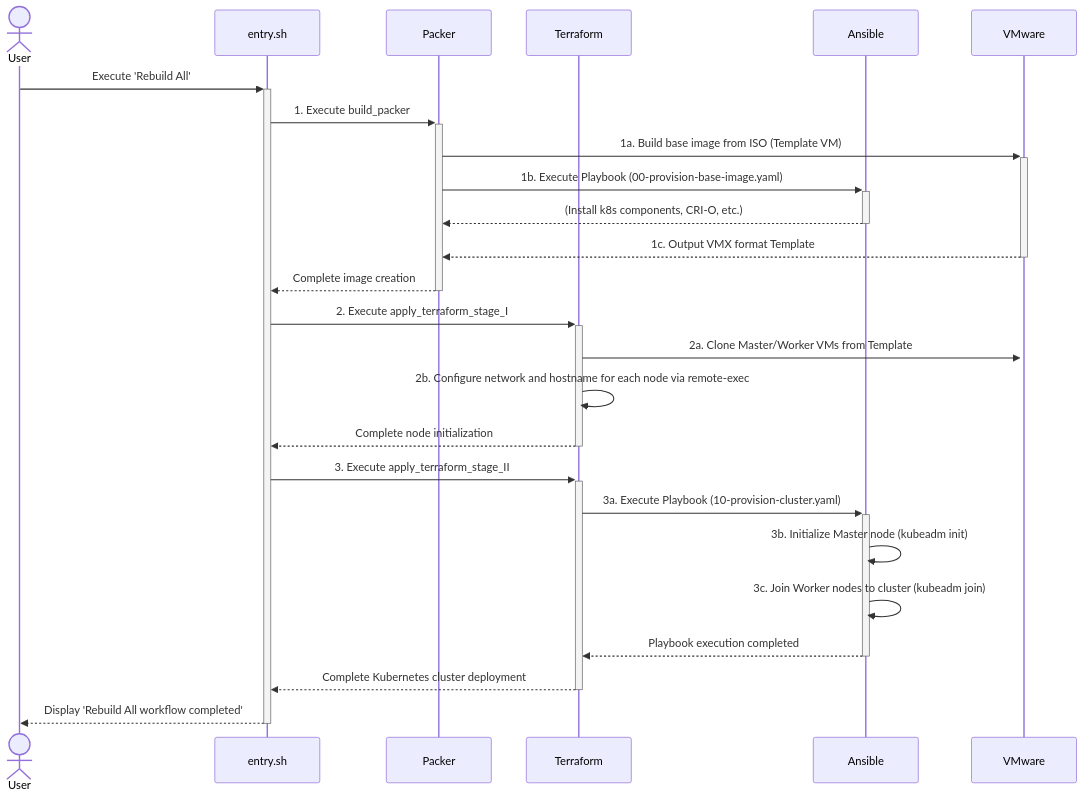
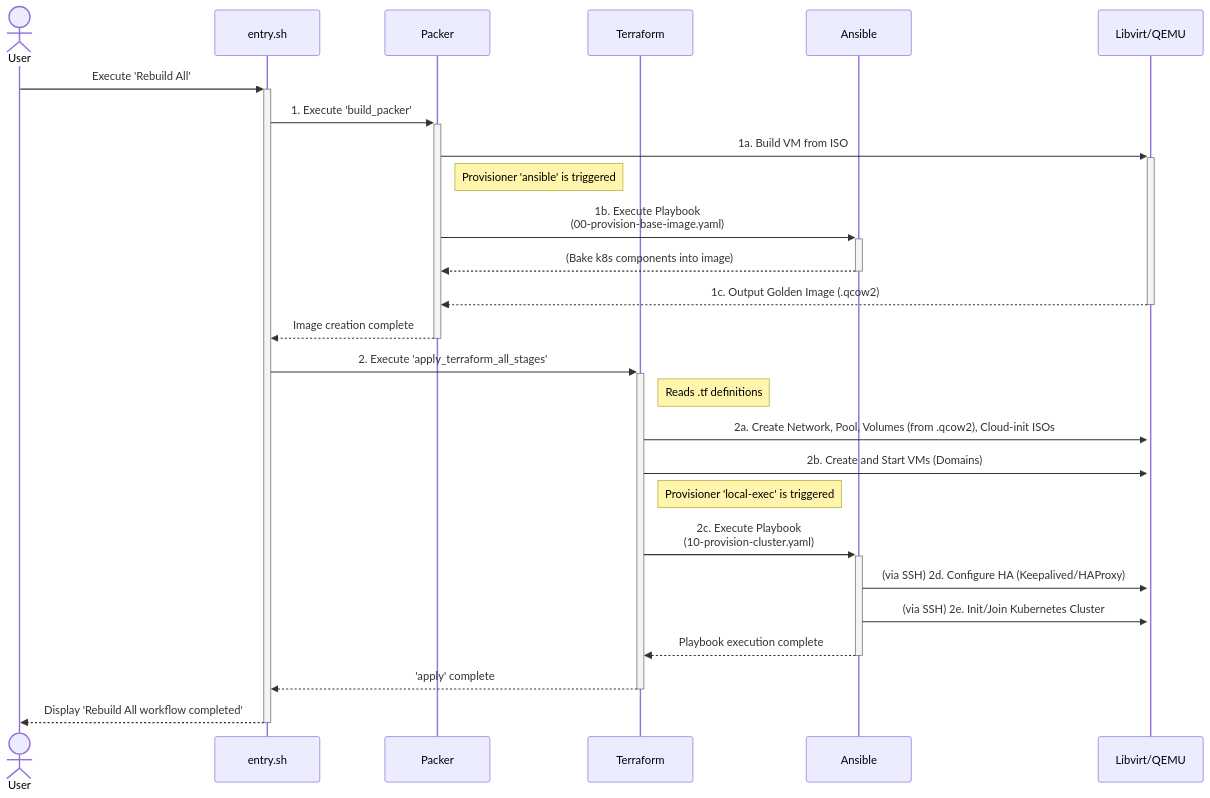
The diagram in README.md (csning1998/on-premise-gitlab-deployment), drawn with Mermaid before and after one commit. The commit also changed other lines of this file, not shown here.

````diff
--- a/README.md
+++ b/README.md
@@ -297,30 +252,31 @@
 ```mermaid
 sequenceDiagram
    actor User
    participant Entrypoint as entry.sh
    participant Packer
    participant Terraform
    participant Ansible
-   participant VMware
+   participant Libvirt as Libvirt/QEMU
 
    User->>+Entrypoint: Execute 'Rebuild All'
-   Entrypoint->>+Packer: 1. Execute build_packer
-   Packer->>+VMware: 1a. Build base image from ISO (Template VM)
-   Packer->>+Ansible: 1b. Execute Playbook (00-provision-base-image.yaml)
-   Ansible-->>-Packer: (Install k8s components, CRI-O, etc.)
-   VMware-->>-Packer: 1c. Output VMX format Template
-   Packer-->>-Entrypoint: Complete image creation
 
-   Entrypoint->>+Terraform: 2. Execute apply_terraform_stage_I
-   Terraform->>+VMware: 2a. Clone Master/Worker VMs from Template
-   Terraform->>Terraform: 2b. Configure network and hostname for each node via remote-exec
-   Terraform-->>-Entrypoint: Complete node initialization
+   Entrypoint->>+Packer: 1. Execute 'build_packer'
+   Packer->>+Libvirt: 1a. Build VM from ISO
+   note right of Packer: Provisioner 'ansible' is triggered
+   Packer->>+Ansible: 1b. Execute Playbook<br>(00-provision-base-image.yaml)
+   Ansible-->>-Packer: (Bake k8s components into image)
+   Libvirt-->>-Packer: 1c. Output Golden Image (.qcow2)
+   Packer-->>-Entrypoint: Image creation complete
 
-   Entrypoint->>+Terraform: 3. Execute apply_terraform_stage_II
-   Terraform->>+Ansible: 3a. Execute Playbook (10-provision-cluster.yaml)
-   Ansible->>Ansible: 3b. Initialize Master node (kubeadm init)
-   Ansible->>Ansible: 3c. Join Worker nodes to cluster (kubeadm join)
-   Ansible-->>-Terraform: Playbook execution completed
-   Terraform-->>-Entrypoint: Complete Kubernetes cluster deployment
+   Entrypoint->>+Terraform: 2. Execute 'apply_terraform_all_stages'
+   note right of Terraform: Reads .tf definitions
+   Terraform->>+Libvirt: 2a. Create Network, Pool, Volumes (from .qcow2), Cloud-init ISOs
+   Terraform->>+Libvirt: 2b. Create and Start VMs (Domains)
+   note right of Terraform: Provisioner 'local-exec' is triggered
+   Terraform->>+Ansible: 2c. Execute Playbook<br>(10-provision-cluster.yaml)
+   Ansible->>Libvirt: (via SSH) 2d. Configure HA (Keepalived/HAProxy)
+   Ansible->>Libvirt: (via SSH) 2e. Init/Join Kubernetes Cluster
+   Ansible-->>-Terraform: Playbook execution complete
+   Terraform-->>-Entrypoint: 'apply' complete
    Entrypoint-->>-User: Display 'Rebuild All workflow completed'
 ```
````
